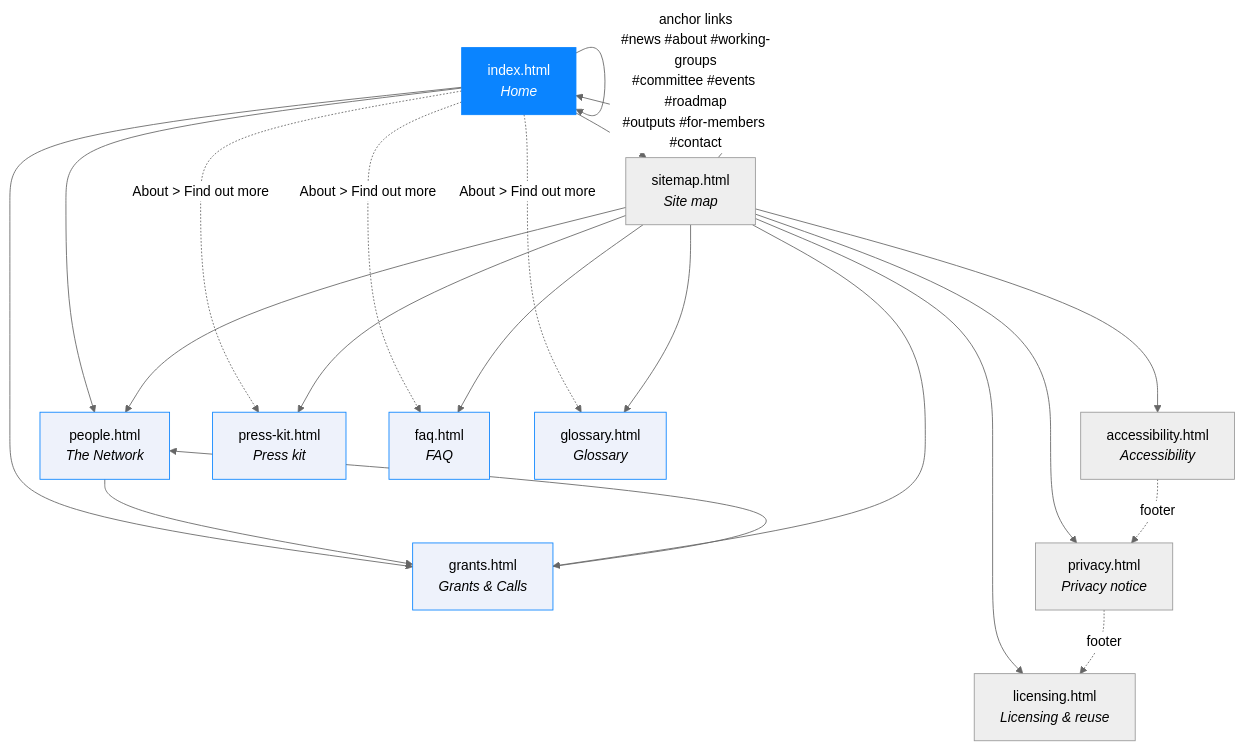
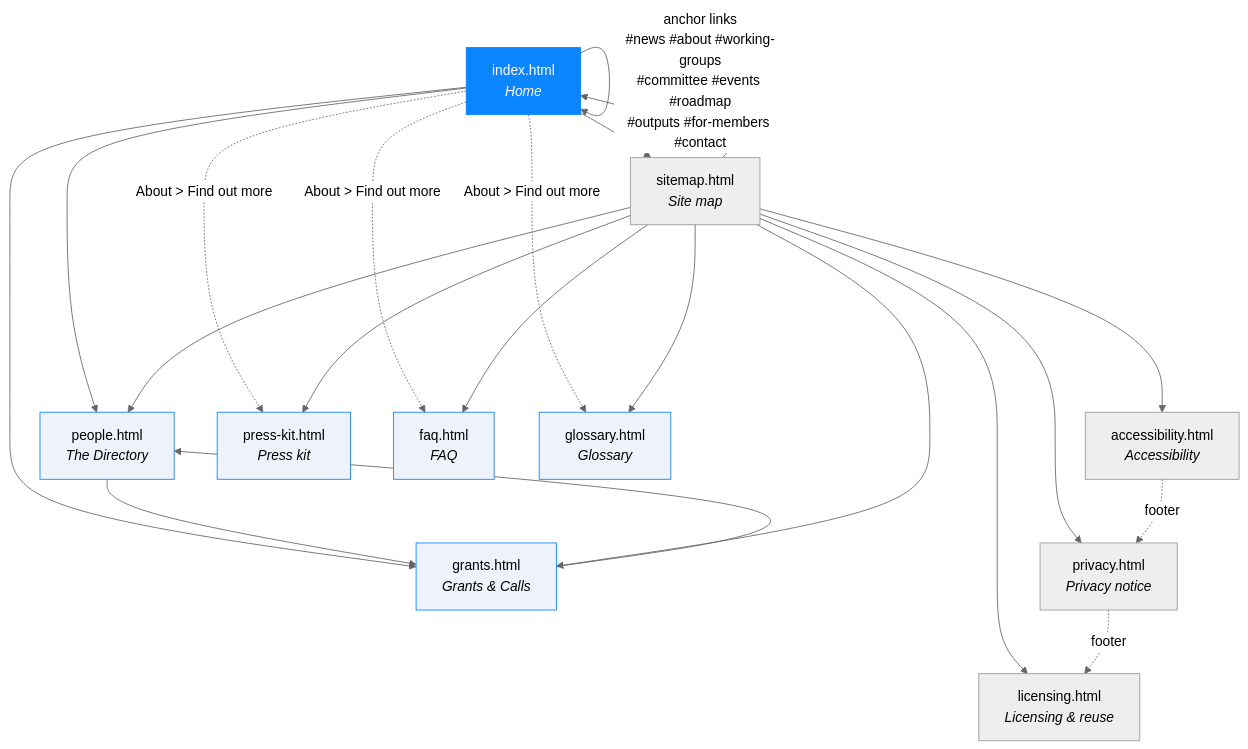
The second of 5 diagrams in docs/architecture.md (EISSeuropa/netsec.github.io), drawn with Mermaid (neutral theme) before and after one commit. The commit also changed other lines of this file and 4 other files, not shown here.

First line of the commit message:
docs(naming): sweep "the Network" → "the Directory" in maintainer docs (#1093)

````diff
--- a/docs/architecture.md
+++ b/docs/architecture.md
@@ -53,41 +53,41 @@
 ```mermaid
 flowchart TD
     H["index.html<br/><i>Home</i>"]
-    P["people.html<br/><i>The Network</i>"]
+    P["people.html<br/><i>The Directory</i>"]
     G["grants.html<br/><i>Grants &amp; Calls</i>"]
     S["sitemap.html<br/><i>Site map</i>"]
     A["accessibility.html<br/><i>Accessibility</i>"]
     R["privacy.html<br/><i>Privacy notice</i>"]
     L["licensing.html<br/><i>Licensing &amp; reuse</i>"]
     K["press-kit.html<br/><i>Press kit</i>"]
     F["faq.html<br/><i>FAQ</i>"]
     X["glossary.html<br/><i>Glossary</i>"]
 
     H -- "anchor links<br/>#news #about #working-groups<br/>#committee #events #roadmap<br/>#outputs #for-members #contact" --> H
     H --> P
     H --> G
     H -. "About &gt; Find out more" .-> F
     H -. "About &gt; Find out more" .-> X
     H -. "About &gt; Find out more" .-> K
     H --> S
     P --> G
     G --> P
     S --> H
     S --> P
     S --> G
     S --> F
     S --> X
     S --> K
     S --> A
     S --> R
     S --> L
     A -.->|footer| R
     R -.->|footer| L
 
     style H fill:#0a84ff,stroke:#0a84ff,color:#fff
     style P fill:#eef2fb,stroke:#0a84ff
     style G fill:#eef2fb,stroke:#0a84ff
     style F fill:#eef2fb,stroke:#0a84ff
     style X fill:#eef2fb,stroke:#0a84ff
     style K fill:#eef2fb,stroke:#0a84ff
 ```
````
